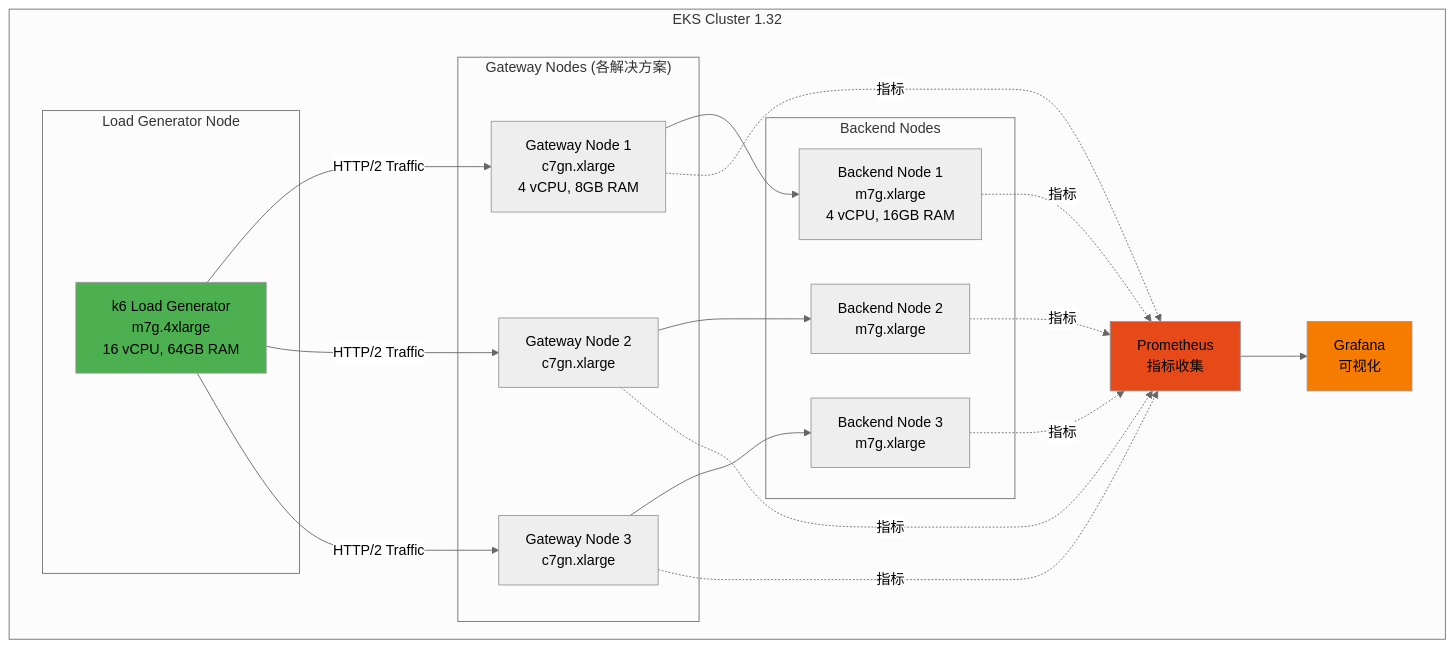
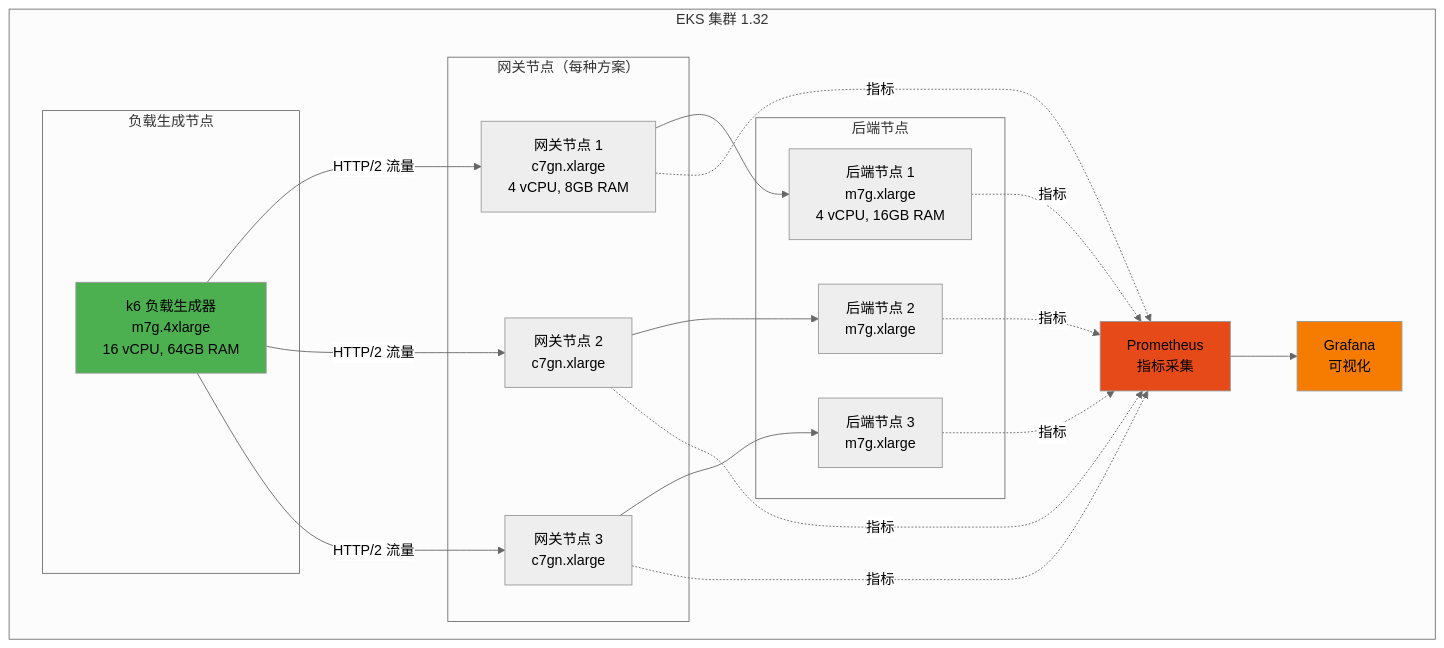
The diagram in i18n/zh/docusaurus-plugin-content-docs/current/benchmarks/gateway-api-benchmark.md (devfloor9/engineering-playbook), drawn with Mermaid (neutral theme) before and after one commit. The commit also changed other lines of this file and 111 other files, not shown here.

````diff
--- a/i18n/zh/docusaurus-plugin-content-docs/current/benchmarks/gateway-api-benchmark.md
+++ b/i18n/zh/docusaurus-plugin-content-docs/current/benchmarks/gateway-api-benchmark.md
@@ -35,44 +35,44 @@
 ```mermaid
 graph TB
-    subgraph "EKS Cluster 1.32"
-        subgraph "Load Generator Node"
-            K6[k6 Load Generator<br/>m7g.4xlarge<br/>16 vCPU, 64GB RAM]
+    subgraph "EKS 集群 1.32"
+        subgraph "负载生成节点"
+            K6[k6 负载生成器<br/>m7g.4xlarge<br/>16 vCPU, 64GB RAM]
         end
 
-        subgraph "Gateway Nodes (各解决方案)"
-            GW1[Gateway Node 1<br/>c7gn.xlarge<br/>4 vCPU, 8GB RAM]
-            GW2[Gateway Node 2<br/>c7gn.xlarge]
-            GW3[Gateway Node 3<br/>c7gn.xlarge]
+        subgraph "网关节点（每种方案）"
+            GW1[网关节点 1<br/>c7gn.xlarge<br/>4 vCPU, 8GB RAM]
+            GW2[网关节点 2<br/>c7gn.xlarge]
+            GW3[网关节点 3<br/>c7gn.xlarge]
         end
 
-        subgraph "Backend Nodes"
-            BE1[Backend Node 1<br/>m7g.xlarge<br/>4 vCPU, 16GB RAM]
-            BE2[Backend Node 2<br/>m7g.xlarge]
-            BE3[Backend Node 3<br/>m7g.xlarge]
+        subgraph "后端节点"
+            BE1[后端节点 1<br/>m7g.xlarge<br/>4 vCPU, 16GB RAM]
+            BE2[后端节点 2<br/>m7g.xlarge]
+            BE3[后端节点 3<br/>m7g.xlarge]
         end
 
-        PROM[Prometheus<br/>指标收集]
+        PROM[Prometheus<br/>指标采集]
         GRAFANA[Grafana<br/>可视化]
 
-        K6 -->|HTTP/2 Traffic| GW1
-        K6 -->|HTTP/2 Traffic| GW2
-        K6 -->|HTTP/2 Traffic| GW3
+        K6 -->|HTTP/2 流量| GW1
+        K6 -->|HTTP/2 流量| GW2
+        K6 -->|HTTP/2 流量| GW3
 
         GW1 --> BE1
         GW2 --> BE2
         GW3 --> BE3
 
         GW1 -.->|指标| PROM
         GW2 -.->|指标| PROM
         GW3 -.->|指标| PROM
         BE1 -.->|指标| PROM
         BE2 -.->|指标| PROM
         BE3 -.->|指标| PROM
 
         PROM --> GRAFANA
     end
 
     style K6 fill:#4CAF50
     style PROM fill:#E64A19
     style GRAFANA fill:#F57C00
 ```
````
